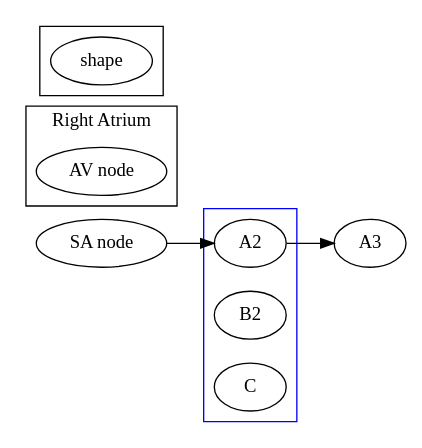
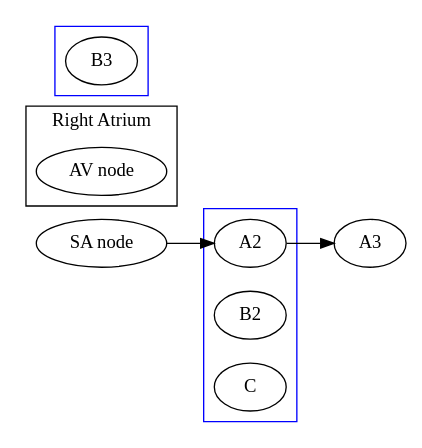
The second of 2 diagrams in NURS380_Practicum/Topics/EKG/EKG and Rhythms.md (meirisoda/school_spring2024), drawn with Graphviz before and after one commit.

Commit message:
vault backup: 2024-02-19 17:49:27

````diff
--- a/NURS380_Practicum/Topics/EKG/EKG and Rhythms.md
+++ b/NURS380_Practicum/Topics/EKG/EKG and Rhythms.md
@@ -209,34 +209,37 @@
 ```dot
 digraph g{
 	rankdir = LR;
 	node [shape = ellipse]
 	
 	A->A2->A3;
 
 	subgraph cluster0{
 		shape=rect;
 		rank=same;
 		A [label="SA node"];
 		B [label="AV node"];
 		label="Right Atrium";
 	}
 	
 	subgraph cluster1{
 		shape = rect;
 		rank=same;
 		A2;
 		B2;
 		C;
 		color=blue;
 		label="";
 	}
 
 	subgraph cluster2 {
-		shape 
-	
+		shape=rect;
+		rank=same;
+		A3;
+		B3;
+		color=blue;
 	}
 	
 	{ rank=same; A; }
 	{ rank=same; A3;}
 }
 ```
````
